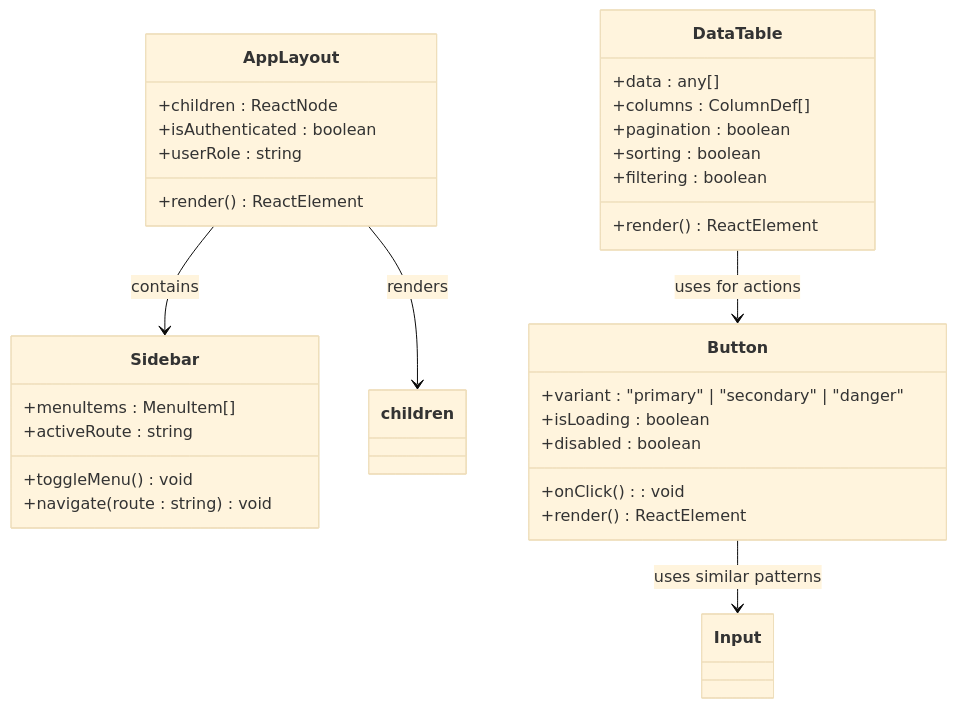
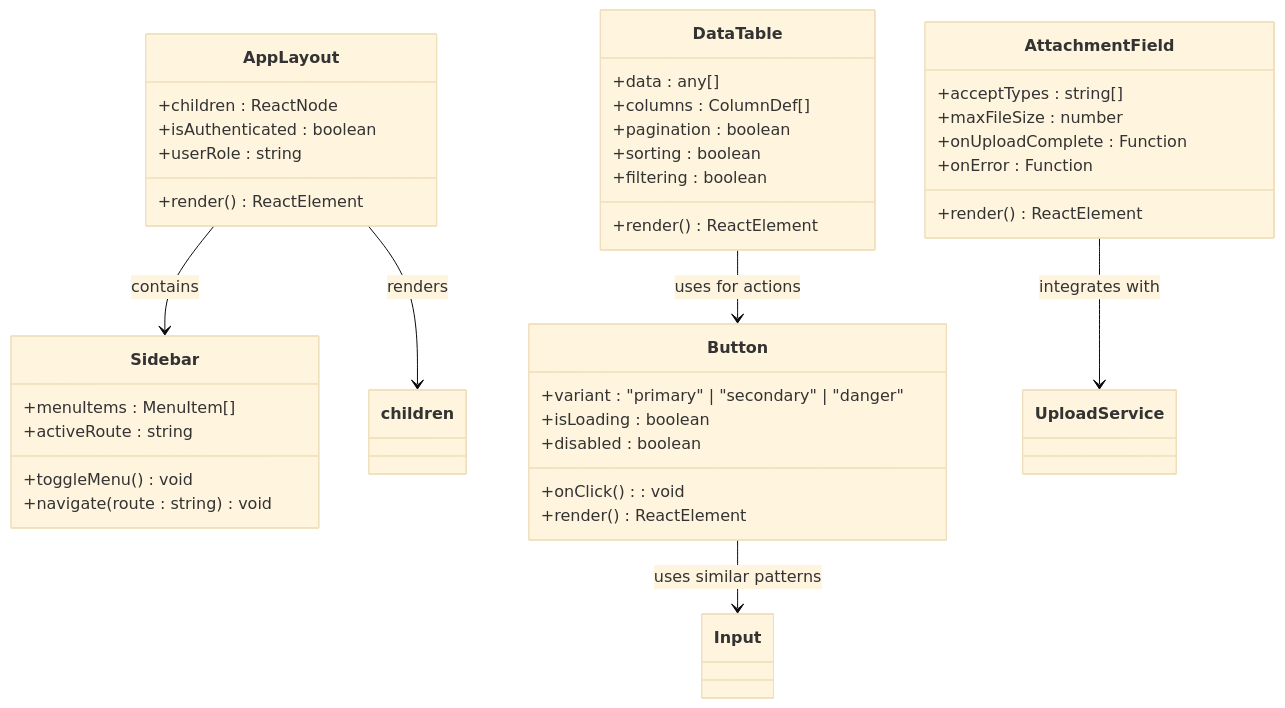
The second of 7 diagrams in .qoder/repowiki/en/content/Arquitetura Frontend/Arquitetura Frontend.md (RobertRuas/windlog), drawn with Mermaid (base theme) before and after one commit. The commit also changed other lines of this file and 136 other files, not shown here.

````diff
--- a/.qoder/repowiki/en/content/Arquitetura Frontend/Arquitetura Frontend.md
+++ b/.qoder/repowiki/en/content/Arquitetura Frontend/Arquitetura Frontend.md
@@ -139,34 +161,42 @@
 ```mermaid
 classDiagram
 class AppLayout {
 +children : ReactNode
 +isAuthenticated : boolean
 +userRole : string
 +render() ReactElement
 }
 class Sidebar {
 +menuItems : MenuItem[]
 +activeRoute : string
 +toggleMenu() void
 +navigate(route : string) void
 }
 class Button {
 +variant : "primary" | "secondary" | "danger"
 +isLoading : boolean
 +disabled : boolean
 +onClick() : void
 +render() ReactElement
 }
 class DataTable {
 +data : any[]
 +columns : ColumnDef[]
 +pagination : boolean
 +sorting : boolean
 +filtering : boolean
 +render() ReactElement
 }
+class AttachmentField {
++acceptTypes : string[]
++maxFileSize : number
++onUploadComplete : Function
++onError : Function
++render() ReactElement
+}
 AppLayout --> Sidebar : contains
 AppLayout --> children : renders
 Button --> Input : uses similar patterns
 DataTable --> Button : uses for actions
+AttachmentField --> UploadService : integrates with
 ```
````
